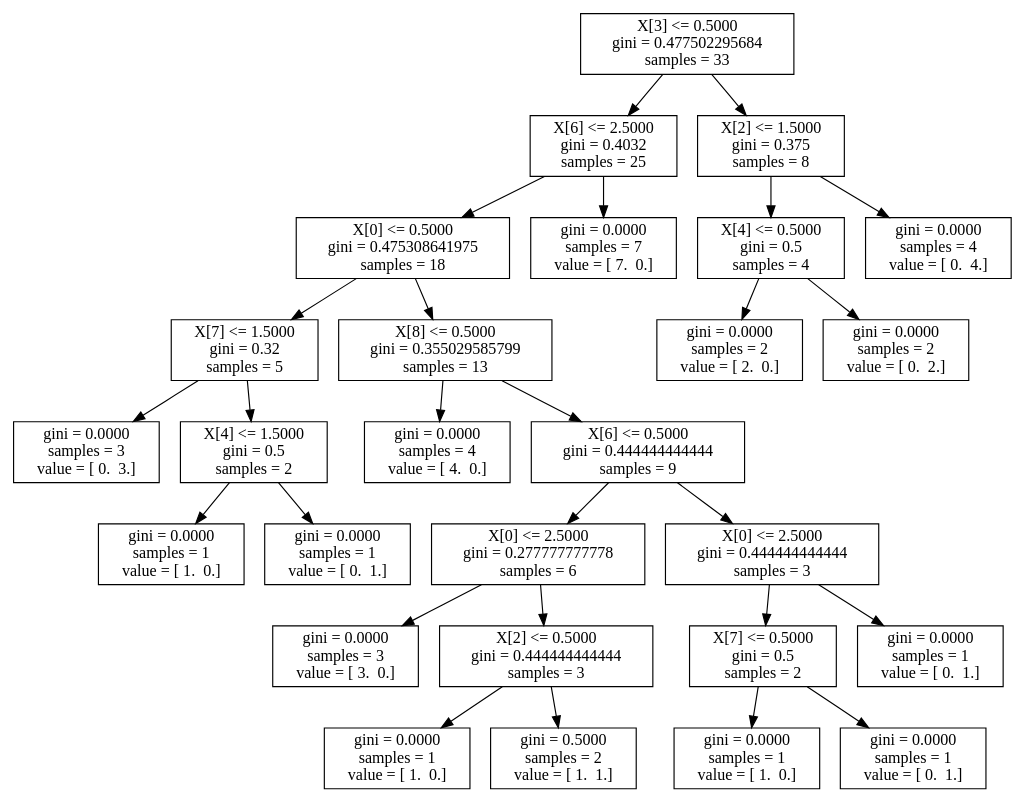
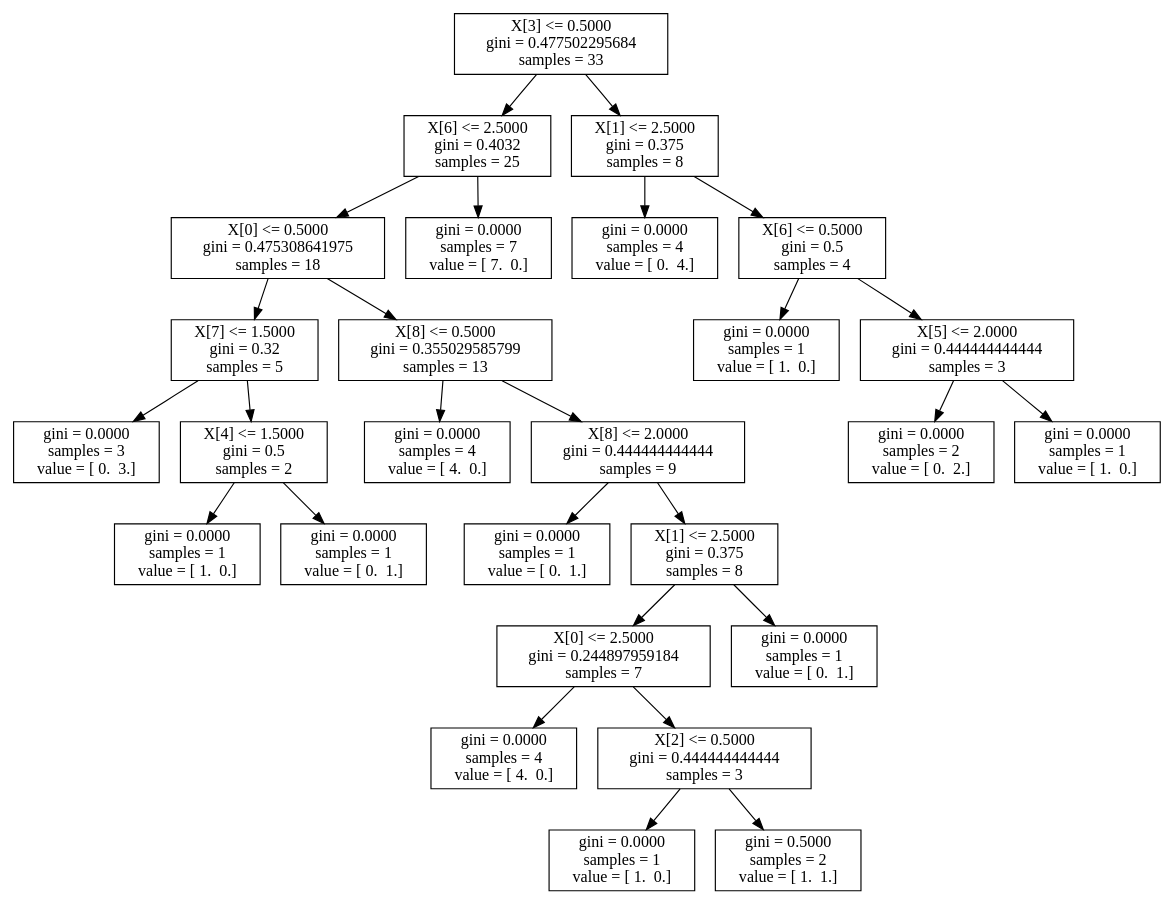
The diagram in neurosurgery_trees/shortLANGUAGE.dot (akeshavan/myscripts), drawn with Graphviz before and after one commit. The commit also changed 24 other files, not shown here.

```diff
--- a/neurosurgery_trees/shortLANGUAGE.dot
+++ b/neurosurgery_trees/shortLANGUAGE.dot
@@ -1,55 +1,55 @@
 digraph Tree {
 0 [label="X[3] <= 0.5000\ngini = 0.477502295684\nsamples = 33", shape="box"] ;
 1 [label="X[6] <= 2.5000\ngini = 0.4032\nsamples = 25", shape="box"] ;
 0 -> 1 ;
 2 [label="X[0] <= 0.5000\ngini = 0.475308641975\nsamples = 18", shape="box"] ;
 1 -> 2 ;
 3 [label="X[7] <= 1.5000\ngini = 0.32\nsamples = 5", shape="box"] ;
 2 -> 3 ;
 4 [label="gini = 0.0000\nsamples = 3\nvalue = [ 0.  3.]", shape="box"] ;
 3 -> 4 ;
 5 [label="X[4] <= 1.5000\ngini = 0.5\nsamples = 2", shape="box"] ;
 3 -> 5 ;
 6 [label="gini = 0.0000\nsamples = 1\nvalue = [ 1.  0.]", shape="box"] ;
 5 -> 6 ;
 7 [label="gini = 0.0000\nsamples = 1\nvalue = [ 0.  1.]", shape="box"] ;
 5 -> 7 ;
 8 [label="X[8] <= 0.5000\ngini = 0.355029585799\nsamples = 13", shape="box"] ;
 2 -> 8 ;
 9 [label="gini = 0.0000\nsamples = 4\nvalue = [ 4.  0.]", shape="box"] ;
 8 -> 9 ;
-10 [label="X[6] <= 0.5000\ngini = 0.444444444444\nsamples = 9", shape="box"] ;
+10 [label="X[8] <= 2.0000\ngini = 0.444444444444\nsamples = 9", shape="box"] ;
 8 -> 10 ;
-11 [label="X[0] <= 2.5000\ngini = 0.277777777778\nsamples = 6", shape="box"] ;
+11 [label="gini = 0.0000\nsamples = 1\nvalue = [ 0.  1.]", shape="box"] ;
 10 -> 11 ;
-12 [label="gini = 0.0000\nsamples = 3\nvalue = [ 3.  0.]", shape="box"] ;
-11 -> 12 ;
-13 [label="X[2] <= 0.5000\ngini = 0.444444444444\nsamples = 3", shape="box"] ;
-11 -> 13 ;
-14 [label="gini = 0.0000\nsamples = 1\nvalue = [ 1.  0.]", shape="box"] ;
+12 [label="X[1] <= 2.5000\ngini = 0.375\nsamples = 8", shape="box"] ;
+10 -> 12 ;
+13 [label="X[0] <= 2.5000\ngini = 0.244897959184\nsamples = 7", shape="box"] ;
+12 -> 13 ;
+14 [label="gini = 0.0000\nsamples = 4\nvalue = [ 4.  0.]", shape="box"] ;
 13 -> 14 ;
-15 [label="gini = 0.5000\nsamples = 2\nvalue = [ 1.  1.]", shape="box"] ;
+15 [label="X[2] <= 0.5000\ngini = 0.444444444444\nsamples = 3", shape="box"] ;
 13 -> 15 ;
-16 [label="X[0] <= 2.5000\ngini = 0.444444444444\nsamples = 3", shape="box"] ;
-10 -> 16 ;
-17 [label="X[7] <= 0.5000\ngini = 0.5\nsamples = 2", shape="box"] ;
-16 -> 17 ;
-18 [label="gini = 0.0000\nsamples = 1\nvalue = [ 1.  0.]", shape="box"] ;
-17 -> 18 ;
-19 [label="gini = 0.0000\nsamples = 1\nvalue = [ 0.  1.]", shape="box"] ;
-17 -> 19 ;
-20 [label="gini = 0.0000\nsamples = 1\nvalue = [ 0.  1.]", shape="box"] ;
-16 -> 20 ;
-21 [label="gini = 0.0000\nsamples = 7\nvalue = [ 7.  0.]", shape="box"] ;
-1 -> 21 ;
-22 [label="X[2] <= 1.5000\ngini = 0.375\nsamples = 8", shape="box"] ;
-0 -> 22 ;
-23 [label="X[4] <= 0.5000\ngini = 0.5\nsamples = 4", shape="box"] ;
+16 [label="gini = 0.0000\nsamples = 1\nvalue = [ 1.  0.]", shape="box"] ;
+15 -> 16 ;
+17 [label="gini = 0.5000\nsamples = 2\nvalue = [ 1.  1.]", shape="box"] ;
+15 -> 17 ;
+18 [label="gini = 0.0000\nsamples = 1\nvalue = [ 0.  1.]", shape="box"] ;
+12 -> 18 ;
+19 [label="gini = 0.0000\nsamples = 7\nvalue = [ 7.  0.]", shape="box"] ;
+1 -> 19 ;
+20 [label="X[1] <= 2.5000\ngini = 0.375\nsamples = 8", shape="box"] ;
+0 -> 20 ;
+21 [label="gini = 0.0000\nsamples = 4\nvalue = [ 0.  4.]", shape="box"] ;
+20 -> 21 ;
+22 [label="X[6] <= 0.5000\ngini = 0.5\nsamples = 4", shape="box"] ;
+20 -> 22 ;
+23 [label="gini = 0.0000\nsamples = 1\nvalue = [ 1.  0.]", shape="box"] ;
 22 -> 23 ;
-24 [label="gini = 0.0000\nsamples = 2\nvalue = [ 2.  0.]", shape="box"] ;
-23 -> 24 ;
+24 [label="X[5] <= 2.0000\ngini = 0.444444444444\nsamples = 3", shape="box"] ;
+22 -> 24 ;
 25 [label="gini = 0.0000\nsamples = 2\nvalue = [ 0.  2.]", shape="box"] ;
-23 -> 25 ;
-26 [label="gini = 0.0000\nsamples = 4\nvalue = [ 0.  4.]", shape="box"] ;
-22 -> 26 ;
+24 -> 25 ;
+26 [label="gini = 0.0000\nsamples = 1\nvalue = [ 1.  0.]", shape="box"] ;
+24 -> 26 ;
 }
```
